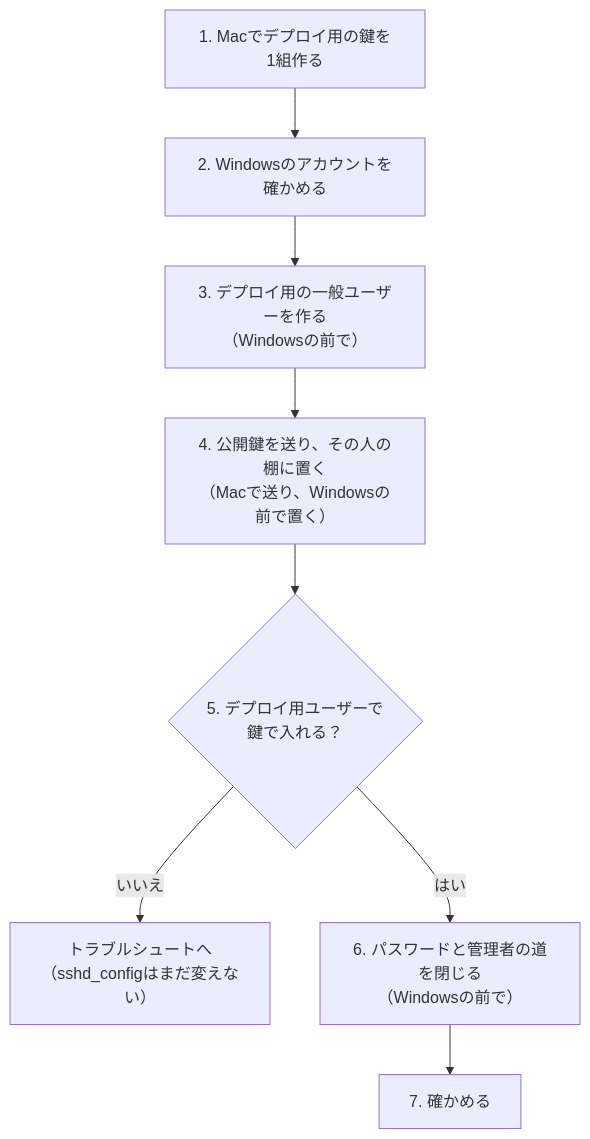
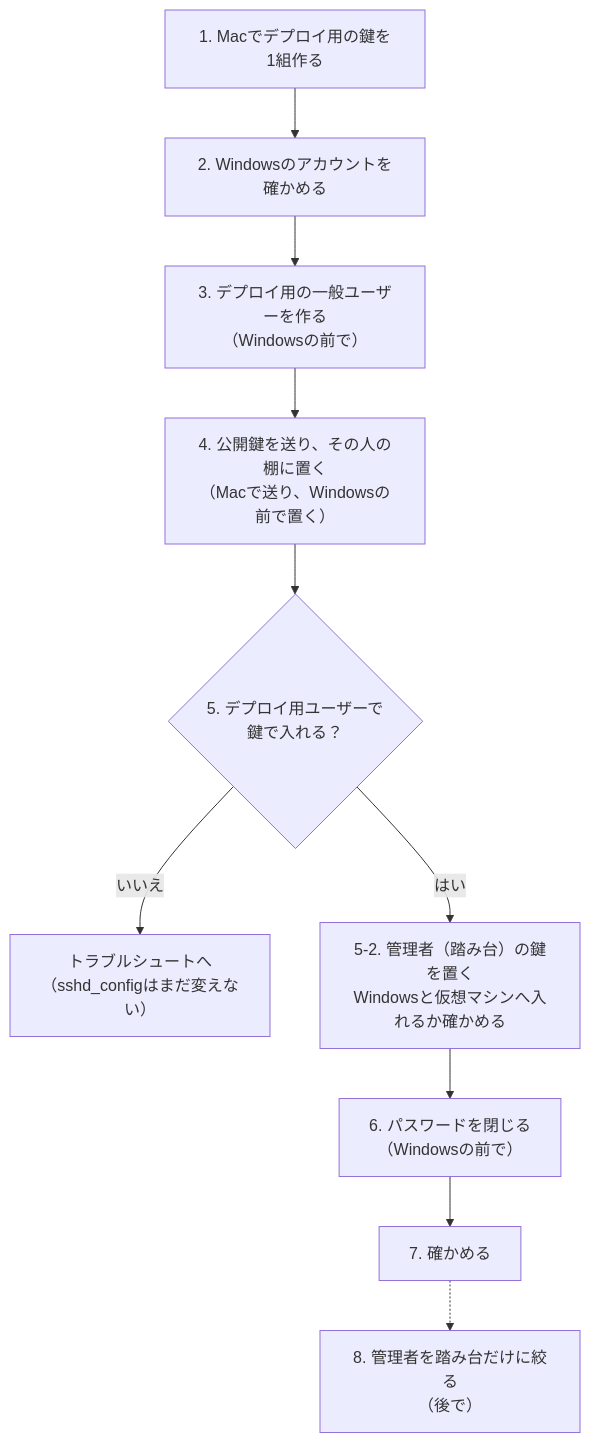
The diagram in docs/development/ssh-key-setup.md (mgmaru/card-digger), drawn with Mermaid before and after one commit. The commit also changed other lines of this file, not shown here.

````diff
--- a/docs/development/ssh-key-setup.md
+++ b/docs/development/ssh-key-setup.md
@@ -51,10 +55,12 @@
 ```mermaid
 flowchart TD
     A["1. Macでデプロイ用の鍵を1組作る"] --> B["2. Windowsのアカウントを確かめる"]
     B --> C["3. デプロイ用の一般ユーザーを作る<br/>（Windowsの前で）"]
     C --> D["4. 公開鍵を送り、その人の棚に置く<br/>（Macで送り、Windowsの前で置く）"]
     D --> E{"5. デプロイ用ユーザーで<br/>鍵で入れる？"}
     E -- "いいえ" --> T["トラブルシュートへ<br/>（sshd_configはまだ変えない）"]
-    E -- "はい" --> F["6. パスワードと管理者の道を閉じる<br/>（Windowsの前で）"]
+    E -- "はい" --> H["5-2. 管理者（踏み台）の鍵を置く<br/>Windowsと仮想マシンへ入れるか確かめる"]
+    H --> F["6. パスワードを閉じる<br/>（Windowsの前で）"]
     F --> G["7. 確かめる"]
+    G -.-> J["8. 管理者を踏み台だけに絞る<br/>（後で）"]
 ```
````
